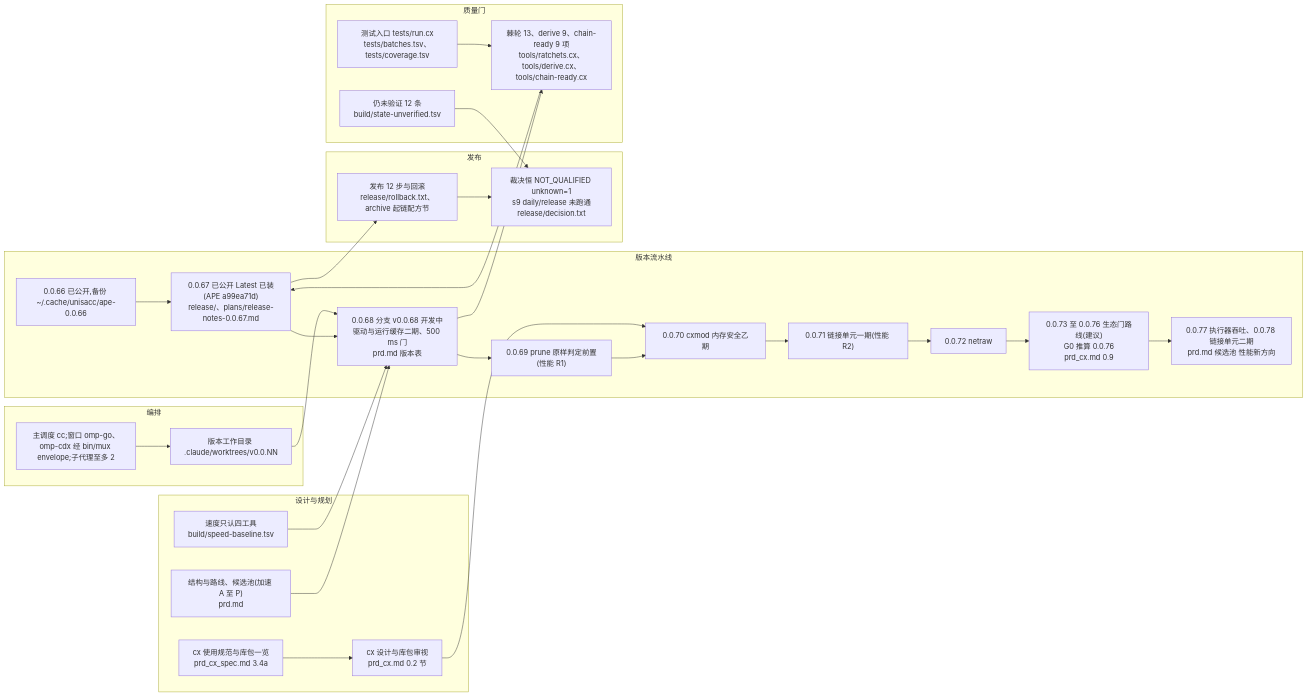
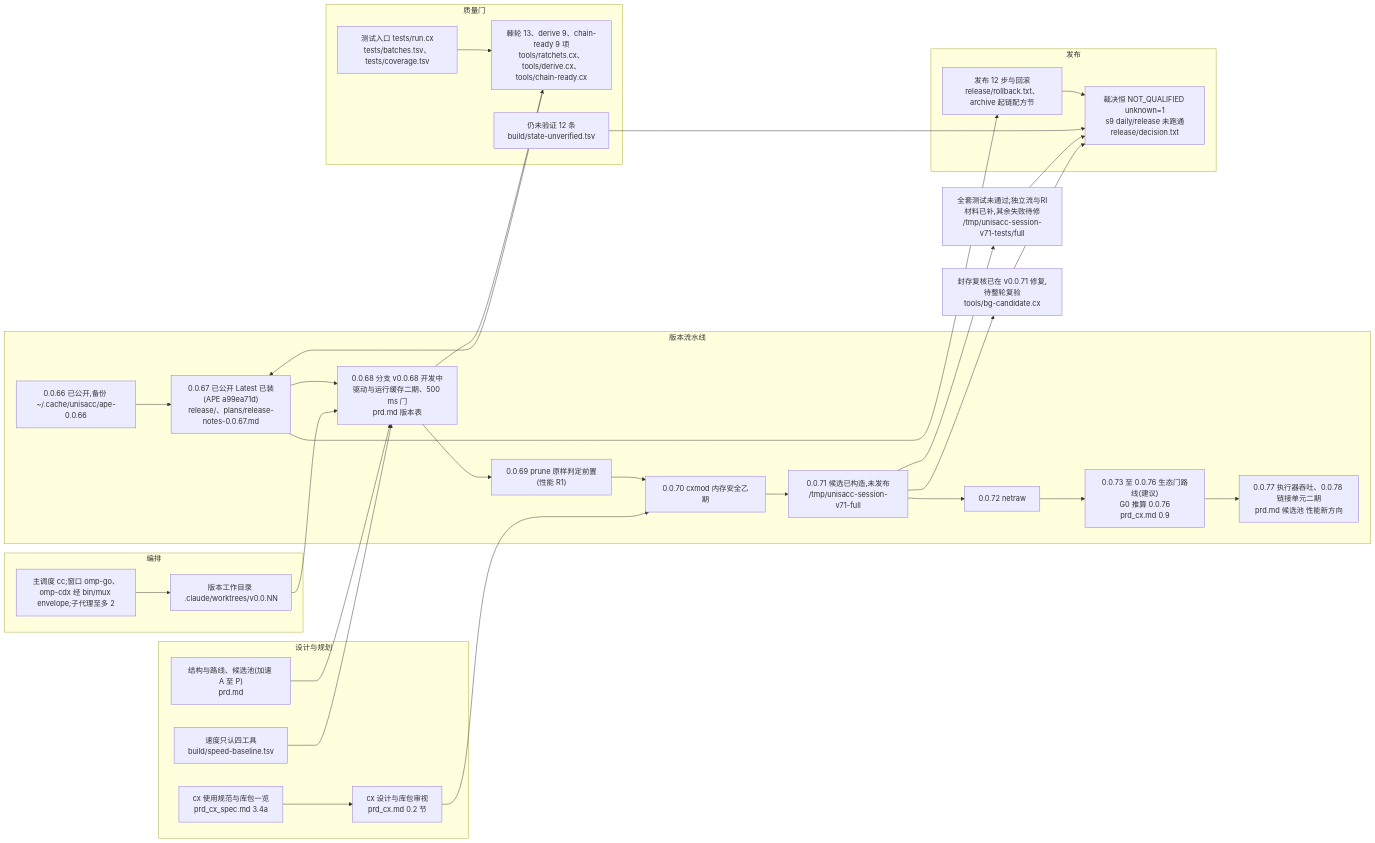
Before and after one commit to partnernetsoftware/unisacc: the diagram in prd_mempalace.md, drawn with Mermaid. The commit also changed other lines of this file, not shown here.

Commit message:
mempalace

````diff
--- a/prd_mempalace.md
+++ b/prd_mempalace.md
@@ -15,44 +15,48 @@
 ```mermaid
 flowchart LR
   subgraph 版本流水线
     V66["0.0.66 已公开,备份 ~/.cache/unisacc/ape-0.0.66"]
     V67["0.0.67 已公开 Latest 已装(APE a99ea71d)<br/>release/、plans/release-notes-0.0.67.md"]
     V68["0.0.68 分支 v0.0.68 开发中<br/>驱动与运行缓存二期、500 ms 门<br/>prd.md 版本表"]
     V69["0.0.69 prune 原样判定前置(性能 R1)"]
     V70["0.0.70 cxmod 内存安全乙期"]
-    V71["0.0.71 链接单元一期(性能 R2)"]
+    V71["0.0.71 候选已构造,未发布<br/>/tmp/unisacc-session-v71-full"]
     V72["0.0.72 netraw"]
     ECO["0.0.73 至 0.0.76 生态门路线(建议)<br/>G0 推算 0.0.76<br/>prd_cx.md 0.9"]
     PERF["0.0.77 执行器吞吐、0.0.78 链接单元二期<br/>prd.md 候选池 性能新方向"]
     V66 --> V67 --> V68 --> V69 --> V70 --> V71 --> V72 --> ECO --> PERF
   end
   subgraph 发布
     REL["发布 12 步与回滚<br/>release/rollback.txt、archive 起链配方节"]
     Q["裁决恒 NOT_QUALIFIED unknown=1<br/>s9 daily/release 未跑通<br/>release/decision.txt"]
   end
   subgraph 质量门
     GATE["棘轮 13、derive 9、chain-ready 9 项<br/>tools/ratchets.cx、tools/derive.cx、tools/chain-ready.cx"]
     TEST["测试入口 tests/run.cx<br/>tests/batches.tsv、tests/coverage.tsv"]
     UV["仍未验证 12 条<br/>build/state-unverified.tsv"]
   end
   subgraph 设计与规划
     PRD["结构与路线、候选池(加速 A 至 P)<br/>prd.md"]
     CX["cx 设计与库包审视<br/>prd_cx.md 0.2 节"]
     SPEC["cx 使用规范与库包一览<br/>prd_cx_spec.md 3.4a"]
     SPEED["速度只认四工具<br/>build/speed-baseline.tsv"]
   end
   subgraph 编排
     ORCH["主调度 cc;窗口 omp-go、omp-cdx 经 bin/mux envelope;子代理至多 2"]
     WT["版本工作目录 .claude/worktrees/v0.0.NN"]
   end
   V67 --> REL --> Q
   V68 --> GATE
   GATE --> V67
   TEST --> GATE
   UV --> Q
   PRD --> V68
   CX --> V70
   SPEC --> CX
   SPEED --> V68
   ORCH --> WT --> V68
+  T71["全套测试未通过;独立流与RI材料已补,其余失败待修<br/>/tmp/unisacc-session-v71-tests/full"]
+  S71["封存复核已在 v0.0.71 修复,待整轮复验<br/>tools/bg-candidate.cx"]
+  V71 --> T71 --> Q
+  V71 --> S71 --> Q
 ```
````
